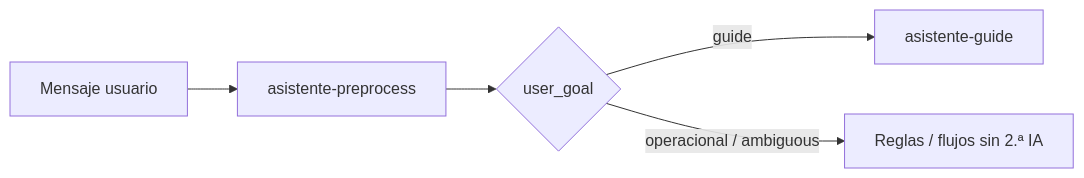
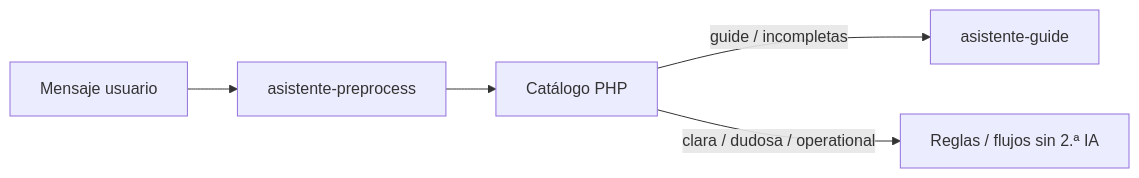
Before and after one commit to luischanferoni/bioenlace: the diagram in web/docs/producto/catalogo-usos-ia.md, drawn with Mermaid. The commit also changed other lines of this file and 35 other files, not shown here.

````diff
--- a/web/docs/producto/catalogo-usos-ia.md
+++ b/web/docs/producto/catalogo-usos-ia.md
@@ -46,11 +47,11 @@
 ```mermaid
 flowchart LR
   M[Mensaje usuario]
   P[asistente-preprocess]
-  R{user_goal}
+  C[Catálogo PHP]
   G[asistente-guide]
   O[Reglas / flujos sin 2.ª IA]
-  M --> P --> R
-  R -->|guide| G
-  R -->|operacional / ambiguous| O
+  M --> P --> C
+  C -->|guide / incompletas| G
+  C -->|clara / dudosa / operational| O
 ```
````
